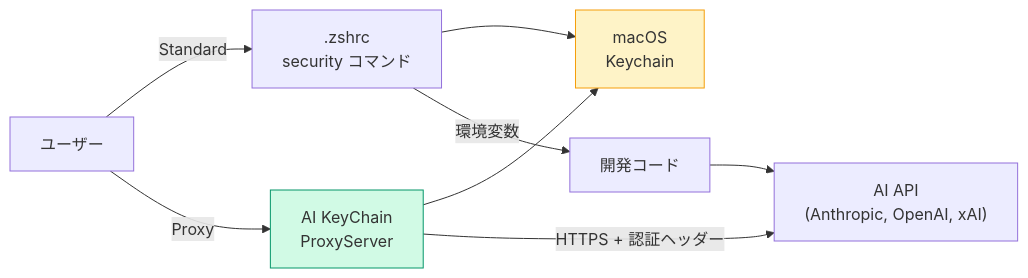
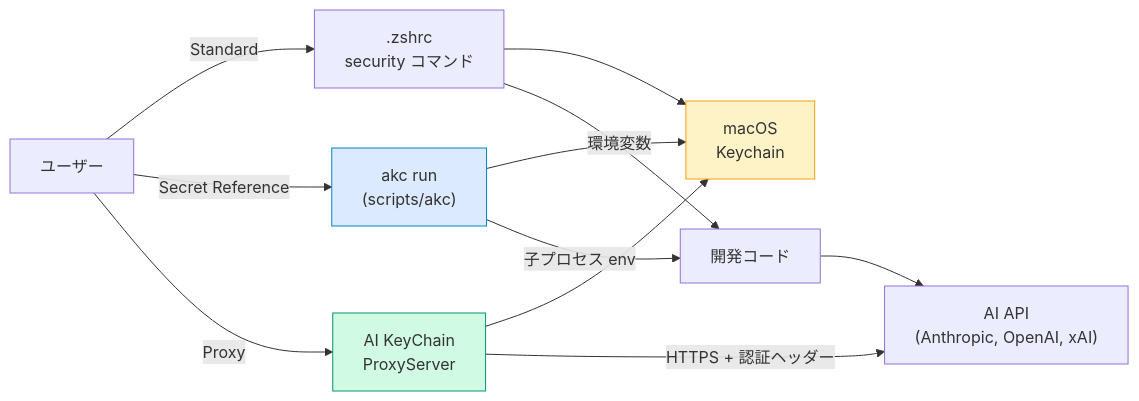
Before and after one commit to aieo-product/AIkeychain: the diagram in docs/design/index.md, drawn with Mermaid. The commit also changed other lines of this file and 7 other files, not shown here.

````diff
--- a/docs/design/index.md
+++ b/docs/design/index.md
@@ -30,13 +32,17 @@
 ```mermaid
 graph LR
     User["ユーザー"] --> |Standard| Shell[".zshrc<br/>security コマンド"]
+    User --> |Secret Reference| Akc["akc run<br/>(scripts/akc)"]
     User --> |Proxy| App["AI KeyChain<br/>ProxyServer"]
     Shell --> Keychain["macOS<br/>Keychain"]
+    Akc --> Keychain
     App --> Keychain
     App --> |HTTPS + 認証ヘッダー| API["AI API<br/>(Anthropic, OpenAI, xAI)"]
     Shell --> |環境変数| Code["開発コード"]
+    Akc --> |子プロセス env| Code
     Code --> API
 
     style Keychain fill:#FEF3C7,stroke:#F59E0B
     style App fill:#D1FAE5,stroke:#059669
+    style Akc fill:#DBEAFE,stroke:#0284C7
 ```
````
